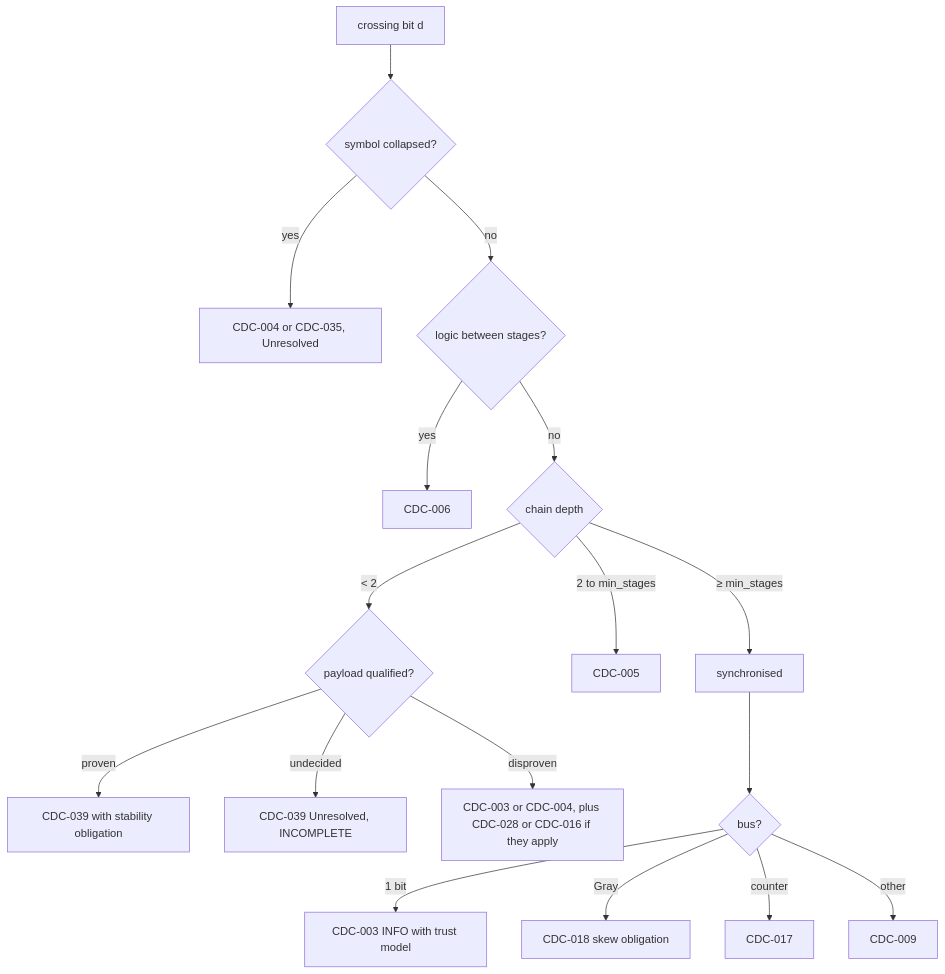
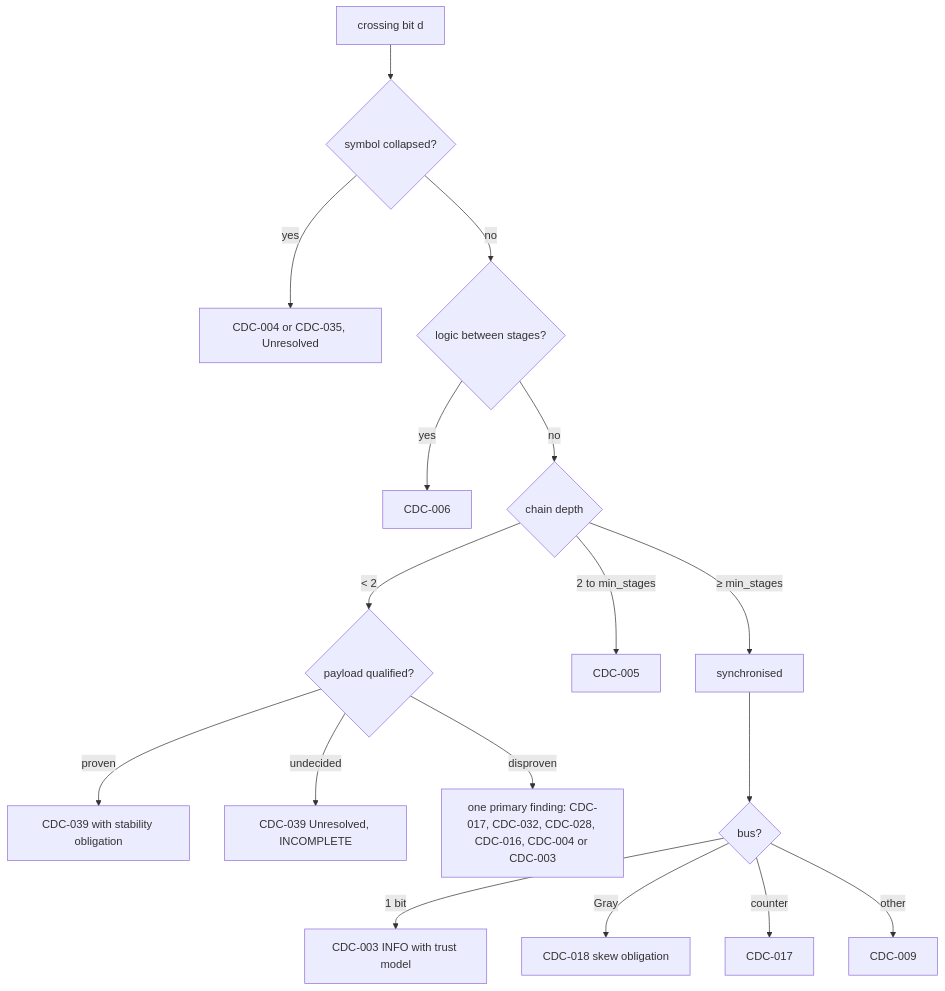
One commit to jerome-friendlygiant/sverity changed the third of 5 diagrams in docs/rules/ANALYSIS.md. Above: the diagram before and after it, drawn with Mermaid. The commit also changed other lines of this file and 303 other files, not shown here.

````diff
--- a/docs/rules/ANALYSIS.md
+++ b/docs/rules/ANALYSIS.md
@@ -144,19 +192,19 @@
 ```mermaid
 flowchart TD
     X["crossing bit d"] --> W{"symbol collapsed?"}
     W -- yes --> U1["CDC-004 or CDC-035, Unresolved"]
     W -- no --> L{"logic between stages?"}
     L -- yes --> R6["CDC-006"]
     L -- no --> D{"chain depth"}
     D -- "≥ min_stages" --> OK["synchronised"]
     D -- "2 to min_stages" --> R5["CDC-005"]
     D -- "< 2" --> Q{"payload qualified?"}
     Q -- proven --> R39["CDC-039 with stability obligation"]
     Q -- undecided --> R39U["CDC-039 Unresolved, INCOMPLETE"]
-    Q -- disproven --> R3["CDC-003 or CDC-004, plus CDC-028 or CDC-016 if they apply"]
+    Q -- disproven --> R3["one primary finding: CDC-017, CDC-032, CDC-028, CDC-016, CDC-004 or CDC-003"]
     OK --> B{"bus?"}
     B -- "1 bit" --> I3["CDC-003 INFO with trust model"]
     B -- "Gray" --> G["CDC-018 skew obligation"]
     B -- "counter" --> C["CDC-017"]
     B -- "other" --> R9["CDC-009"]
 ```
````
